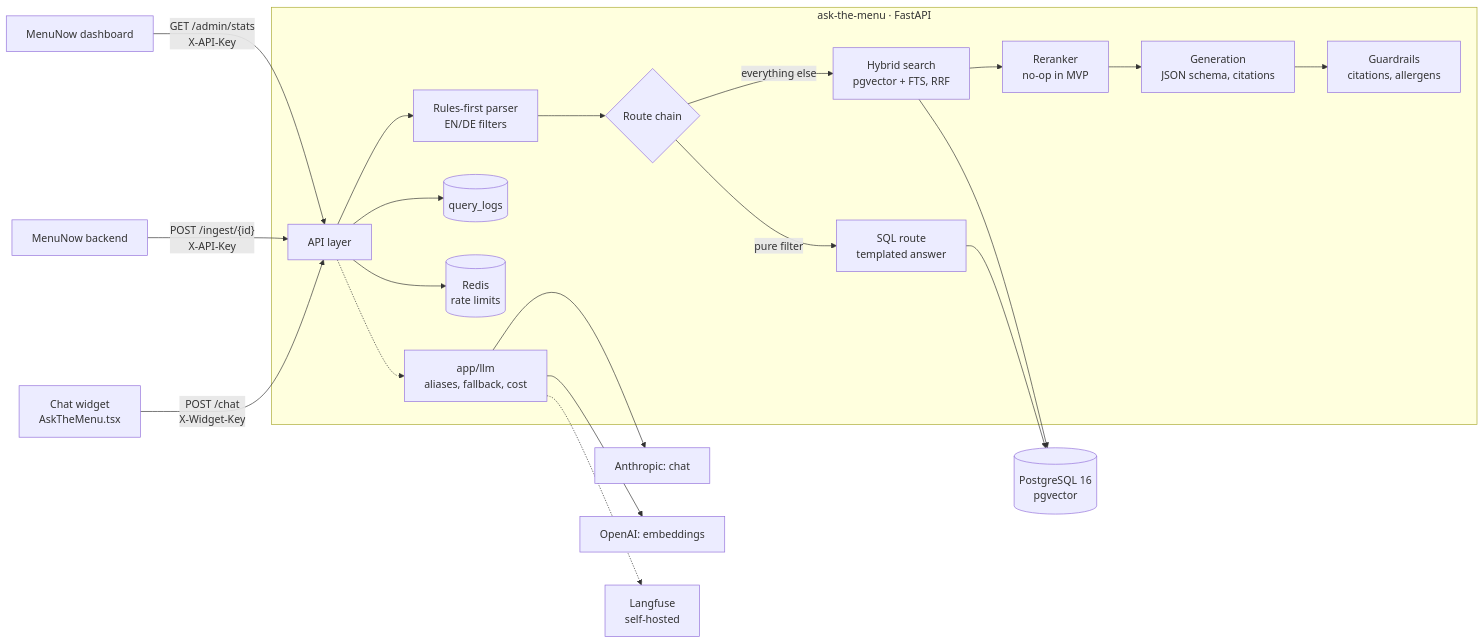
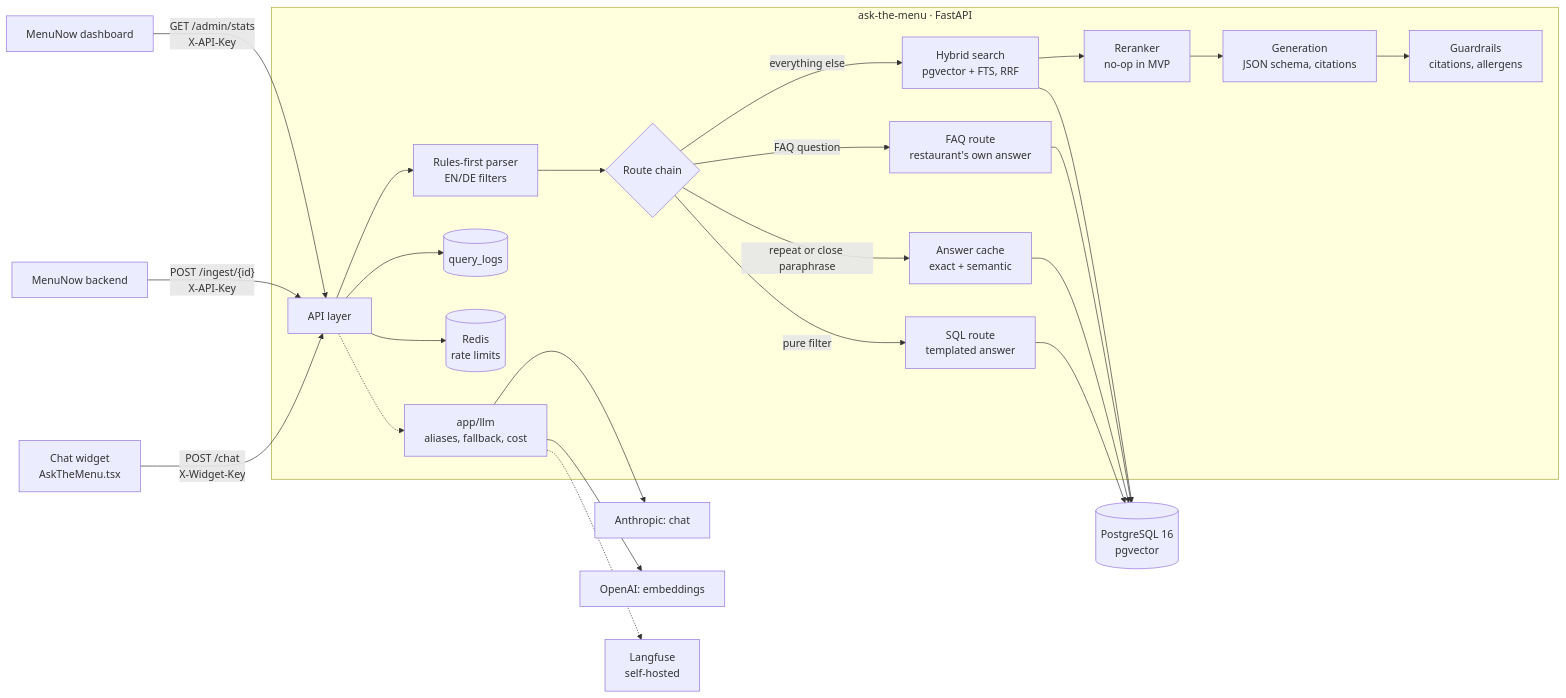
The diagram in README.md (devasick/ask-the-menu), drawn with Mermaid before and after one commit. The commit also changed other lines of this file and 19 other files, not shown here.

First line of the commit message:
Answer repeats, paraphrases and FAQ questions without generation

````diff
--- a/README.md
+++ b/README.md
@@ -28,25 +28,29 @@
 ```mermaid
 flowchart LR
     W[Chat widget<br/>AskTheMenu.tsx] -- "POST /chat<br/>X-Widget-Key" --> API
     M[MenuNow backend] -- "POST /ingest/{id}<br/>X-API-Key" --> API
     D[MenuNow dashboard] -- "GET /admin/stats<br/>X-API-Key" --> API
 
     subgraph S[ask-the-menu · FastAPI]
         API[API layer] --> P[Rules-first parser<br/>EN/DE filters]
         P --> R{Route chain}
+        R -- repeat or close paraphrase --> C[Answer cache<br/>exact + semantic]
         R -- pure filter --> SQL[SQL route<br/>templated answer]
+        R -- FAQ question --> F[FAQ route<br/>restaurant's own answer]
         R -- everything else --> H[Hybrid search<br/>pgvector + FTS, RRF]
         H --> RR[Reranker<br/>no-op in MVP]
         RR --> G[Generation<br/>JSON schema, citations]
         G --> GR[Guardrails<br/>citations, allergens]
         API --> L[(query_logs)]
         API --> RD[(Redis<br/>rate limits)]
         API -.-> LLM[app/llm<br/>aliases, fallback, cost]
     end
 
     SQL --> PG[(PostgreSQL 16<br/>pgvector)]
+    C --> PG
+    F --> PG
     H --> PG
     LLM --> AN[Anthropic: chat]
     LLM --> OA[OpenAI: embeddings]
     LLM -.-> LF[Langfuse<br/>self-hosted]
 ```
````
